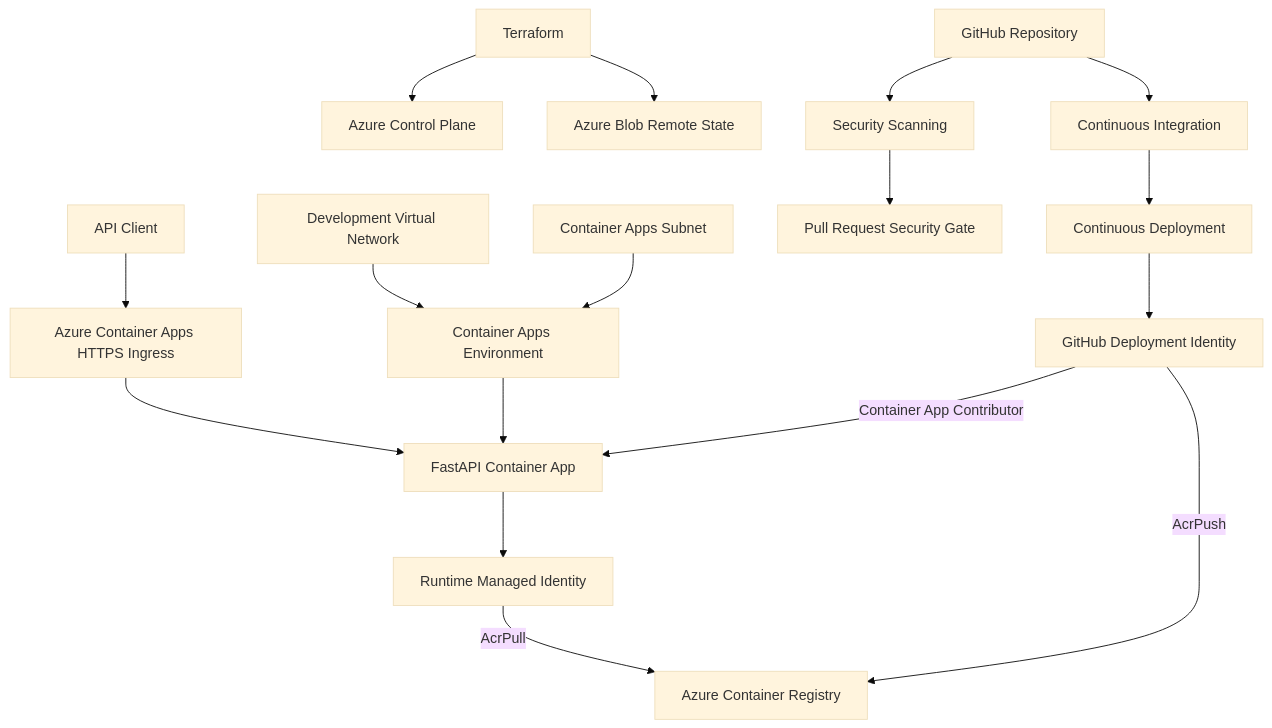
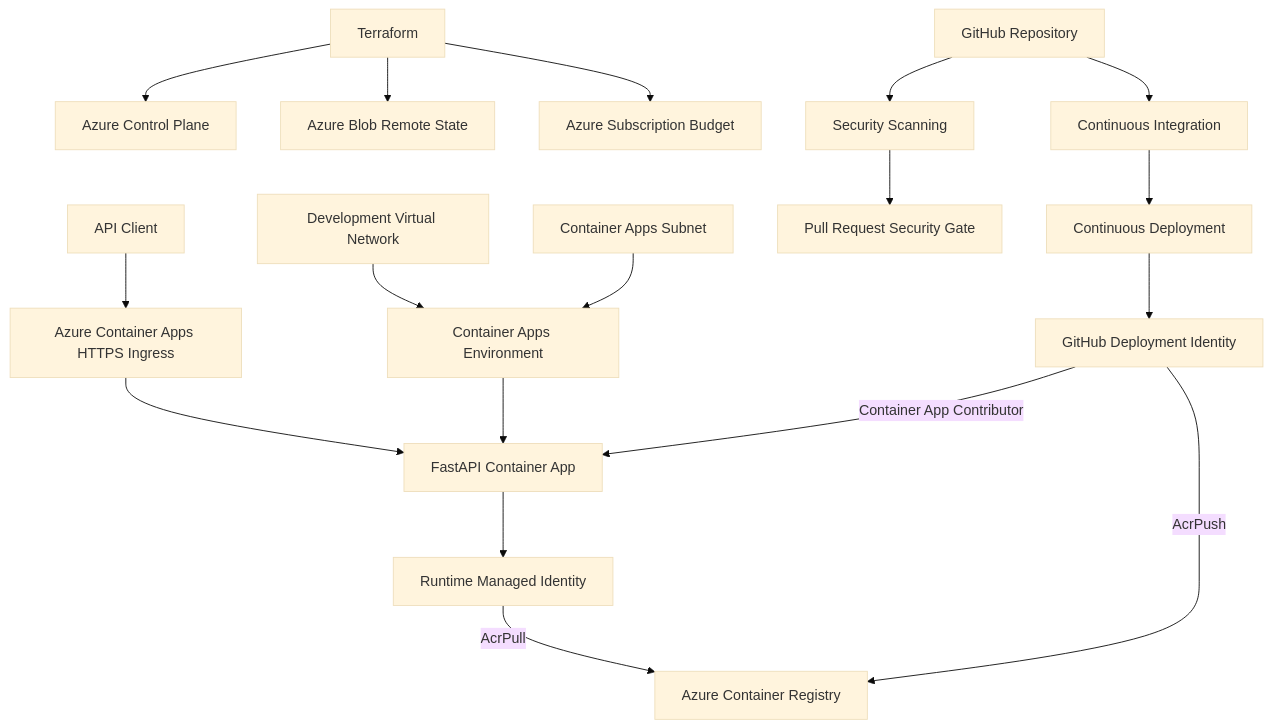
The first of 3 diagrams in README.md (Morgein/azure-enterprise-platform-lab), drawn with Mermaid (base theme) before and after one commit. The commit also changed other lines of this file and 15 other files, not shown here.

````diff
--- a/README.md
+++ b/README.md
@@ -251,23 +272,24 @@
 ```mermaid
 flowchart TD
     Client["API Client"] --> Ingress["Azure Container Apps HTTPS Ingress"]
     Ingress --> App["FastAPI Container App"]
 
     App --> RuntimeIdentity["Runtime Managed Identity"]
     RuntimeIdentity -->|AcrPull| ACR["Azure Container Registry"]
 
     ACAEnvironment["Container Apps Environment"] --> App
     VNet["Development Virtual Network"] --> ACAEnvironment
     Subnet["Container Apps Subnet"] --> ACAEnvironment
 
     Terraform["Terraform"] --> Azure["Azure Control Plane"]
     Terraform --> State["Azure Blob Remote State"]
+    Terraform --> Budget["Azure Subscription Budget"]
 
     GitHub["GitHub Repository"] --> CI["Continuous Integration"]
     GitHub --> Security["Security Scanning"]
     Security --> Gate["Pull Request Security Gate"]
     CI --> CD["Continuous Deployment"]
     CD --> DeployIdentity["GitHub Deployment Identity"]
     DeployIdentity -->|AcrPush| ACR
     DeployIdentity -->|Container App Contributor| App
 ```
````
